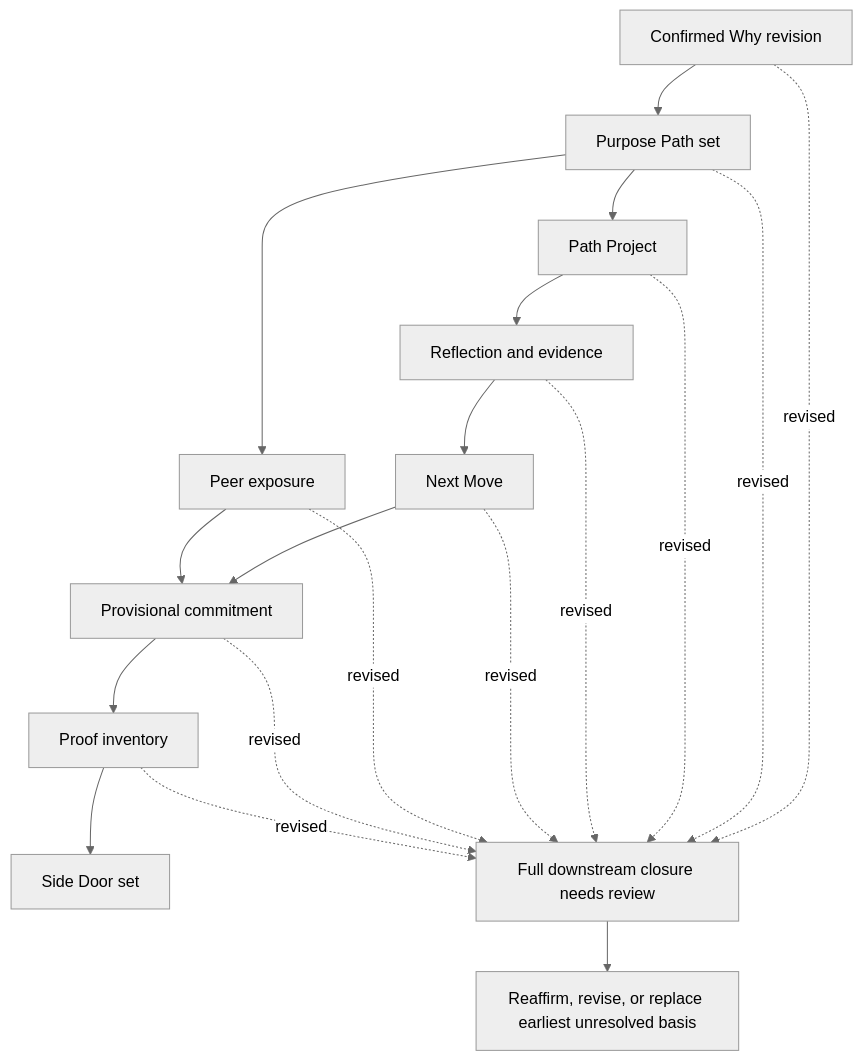
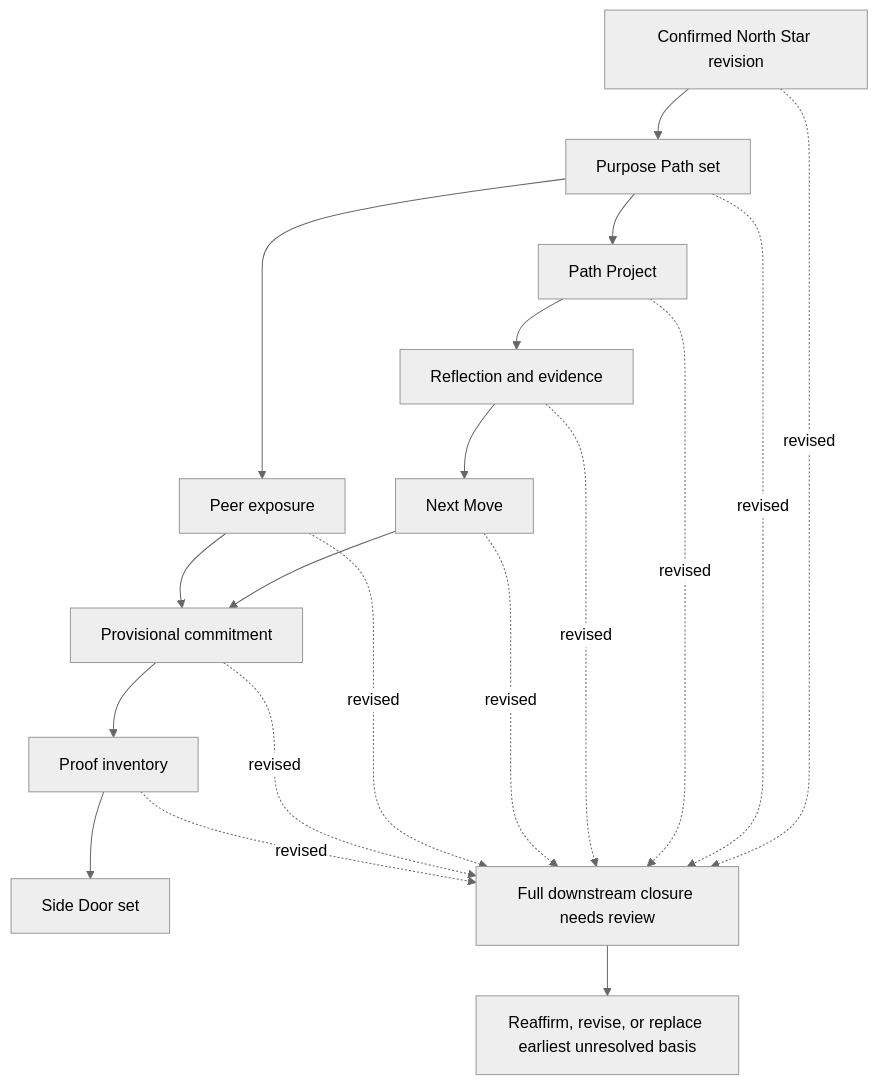
Before and after one commit to andres-monge/ikigai: the fifth of 5 diagrams in docs/plans/2026-08-29-1133-feat-revelio-method-plan.md, drawn with Mermaid (neutral theme). The commit also changed other lines of this file and 44 other files, not shown here.

````diff
--- a/docs/plans/2026-08-29-1133-feat-revelio-method-plan.md
+++ b/docs/plans/2026-08-29-1133-feat-revelio-method-plan.md
@@ -394,21 +396,21 @@
 ```mermaid
 flowchart TB
-  Why[Confirmed Why revision] --> PathSet[Purpose Path set]
+  NorthStar[Confirmed North Star revision] --> PathSet[Purpose Path set]
   PathSet --> Project[Path Project]
   Project --> Learning[Reflection and evidence]
   Learning --> Move[Next Move]
   PathSet --> Peer[Peer exposure]
   Move --> Commit[Provisional commitment]
   Peer --> Commit
   Commit --> Proof[Proof inventory]
   Proof --> DoorSet[Side Door set]
-  Why -. revised .-> Review[Full downstream closure needs review]
+  NorthStar -. revised .-> Review[Full downstream closure needs review]
   PathSet -. revised .-> Review
   Project -. revised .-> Review
   Learning -. revised .-> Review
   Move -. revised .-> Review
   Peer -. revised .-> Review
   Commit -. revised .-> Review
   Proof -. revised .-> Review
   Review --> Resolve[Reaffirm, revise, or replace earliest unresolved basis]
 ```
````
